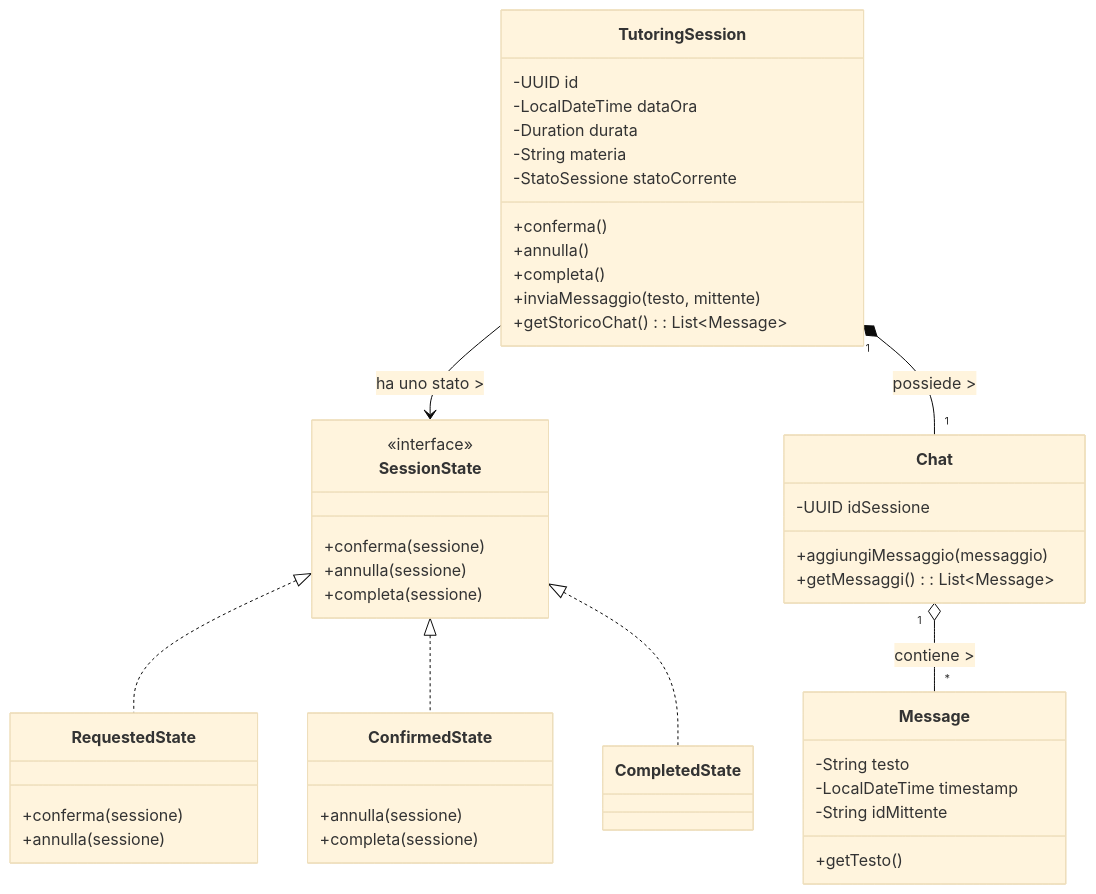
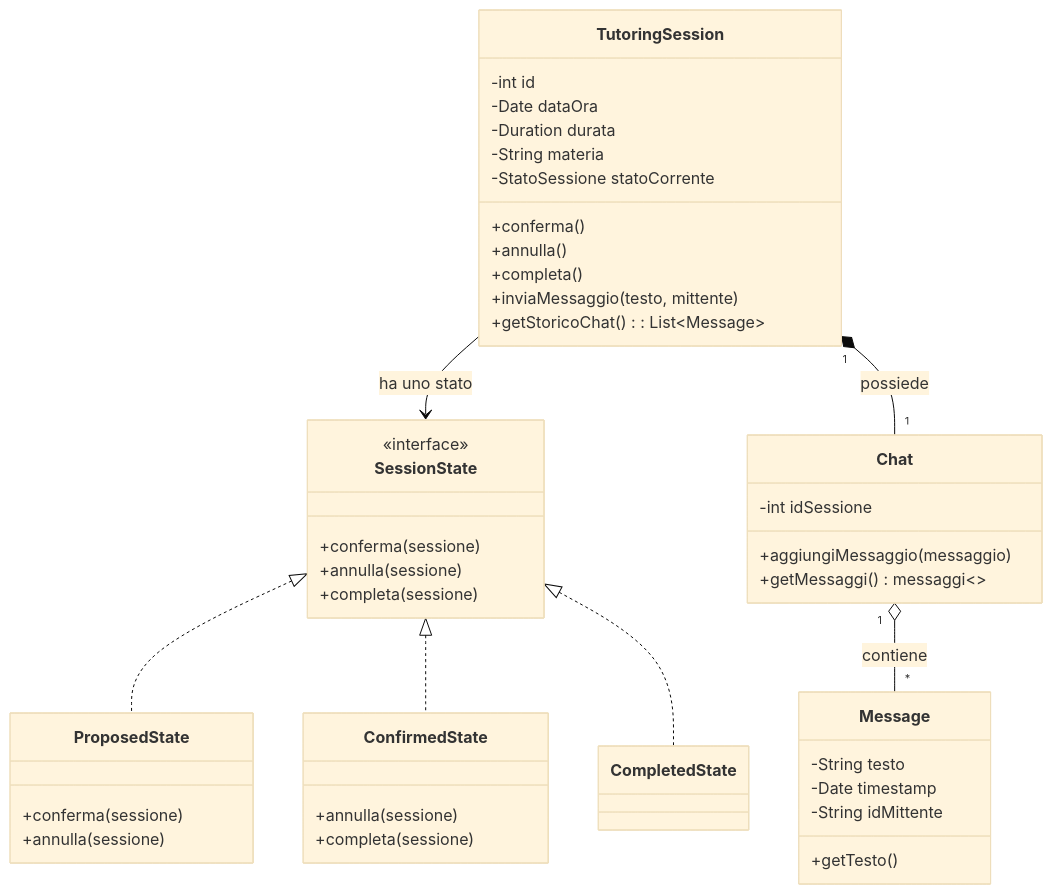
The fifth of 5 diagrams in README.md (Sil2564/unibo_tutoring), drawn with Mermaid (base theme) before and after one commit. The commit also changed other lines of this file, not shown here.

Commit message:
Fix mistakes in README.md

````diff
--- a/README.md
+++ b/README.md
@@ -261,70 +261,68 @@
 ```mermaid
 
   %% ============================================================
     %% DESIGN DETTAGLIATO - SESSIONI E CHAT (ANDREA)
     %% Pattern: Observer + Strategy
     %% ============================================================
 
-classDiagram
-    
+    classDiagram
+
     class TutoringSession {
-        -UUID id
-        -LocalDateTime dataOra
+        -int id
+        -Date dataOra
         -Duration durata
         -String materia
         -StatoSessione statoCorrente
         +conferma()
         +annulla()
         +completa()
         +inviaMessaggio(testo, mittente)
         +getStoricoChat() : List~Message~
     }
 
-    
+    %% PATTERN STATE: Gestione degli stati
     class SessionState {
         <<interface>>
         +conferma(sessione)
         +annulla(sessione)
         +completa(sessione)
     }
 
-    class RequestedState {
-
+    class ProposedState {
+ 
         +conferma(sessione)
         +annulla(sessione)
     }
 
     class ConfirmedState {
 
         +annulla(sessione)
         +completa(sessione)
     }
 
     class CompletedState {
 
     }
 
-  
-    TutoringSession --> SessionState : ha uno stato >
-    SessionState <|.. RequestedState
+    TutoringSession --> SessionState : ha uno stato 
+    SessionState <|.. ProposedState
     SessionState <|.. ConfirmedState
     SessionState <|.. CompletedState
 
-    
     class Chat {
-        -UUID idSessione
+        -int idSessione
         +aggiungiMessaggio(messaggio)
-        +getMessaggi() : List~Message~
+        +getMessaggi() messaggi<>
     }
 
     class Message {
         -String testo
-        -LocalDateTime timestamp
+        -Date timestamp
         -String idMittente
         +getTesto()
     }
 
-
-    TutoringSession "1" *-- "1" Chat : possiede >
-    Chat "1" o-- "*" Message : contiene >
+    
+    TutoringSession "1" *-- "1" Chat : possiede 
+    Chat "1" o-- "*" Message : contiene 
 ```
````
